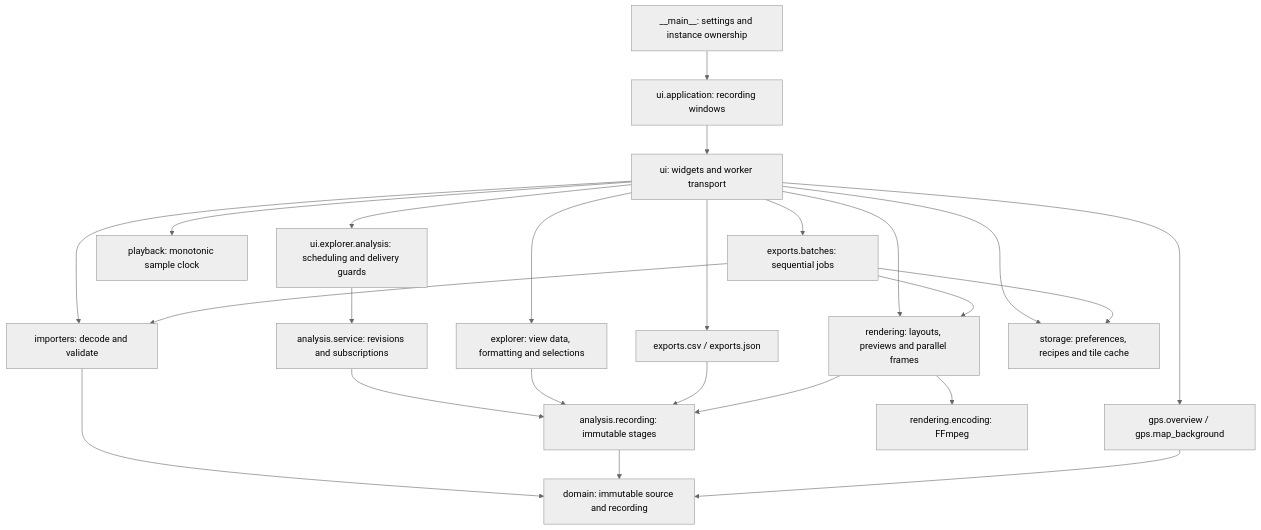
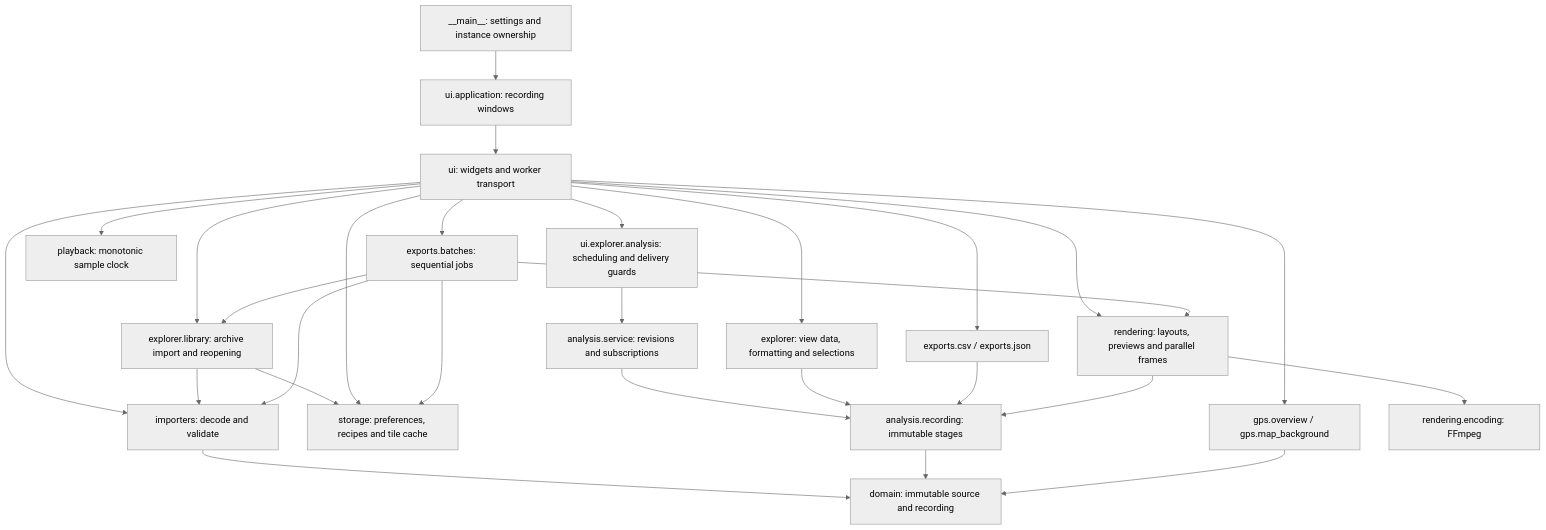
One commit to rudnerbjoern/ride-forces-analyzer changed the diagram in docs/architecture/05_building_block_view.md. Above: the diagram before and after it, drawn with Mermaid (neutral theme). The commit also changed other lines of this file and 16 other files, not shown here.

First line of the commit message:
:memo: docs(storage): consolidate current library contracts

````diff
--- a/docs/architecture/05_building_block_view.md
+++ b/docs/architecture/05_building_block_view.md
@@ -7,26 +7,30 @@
 ```mermaid
 flowchart TB
     Entry["__main__: settings and instance ownership"] --> Application["ui.application: recording windows"]
     Application --> UI["ui: widgets and worker transport"]
     UI --> Importer["importers: decode and validate"]
+    UI --> Archive["explorer.library: archive import and reopening"]
+    Archive --> Importer
+    Archive --> Storage
     Importer --> Domain["domain: immutable source and recording"]
     UI --> Controller["ui.explorer.analysis: scheduling and delivery guards"]
     Controller --> Service["analysis.service: revisions and subscriptions"]
     Service --> Analysis["analysis.recording: immutable stages"]
     Analysis --> Domain
     UI --> Presentation["explorer: view data, formatting and selections"]
     Presentation --> Analysis
     UI --> Playback["playback: monotonic sample clock"]
     UI --> GPS["gps.overview / gps.map_background"]
     GPS --> Domain
     UI --> Data["exports.csv / exports.json"]
     Data --> Analysis
     UI --> Rendering["rendering: layouts, previews and parallel frames"]
     Rendering --> Analysis
     Rendering --> Encoding["rendering.encoding: FFmpeg"]
     UI --> Batches["exports.batches: sequential jobs"]
     Batches --> Importer
+    Batches --> Archive
     Batches --> Rendering
     UI --> Storage["storage: preferences, recipes and tile cache"]
     Batches --> Storage
 ```
````
